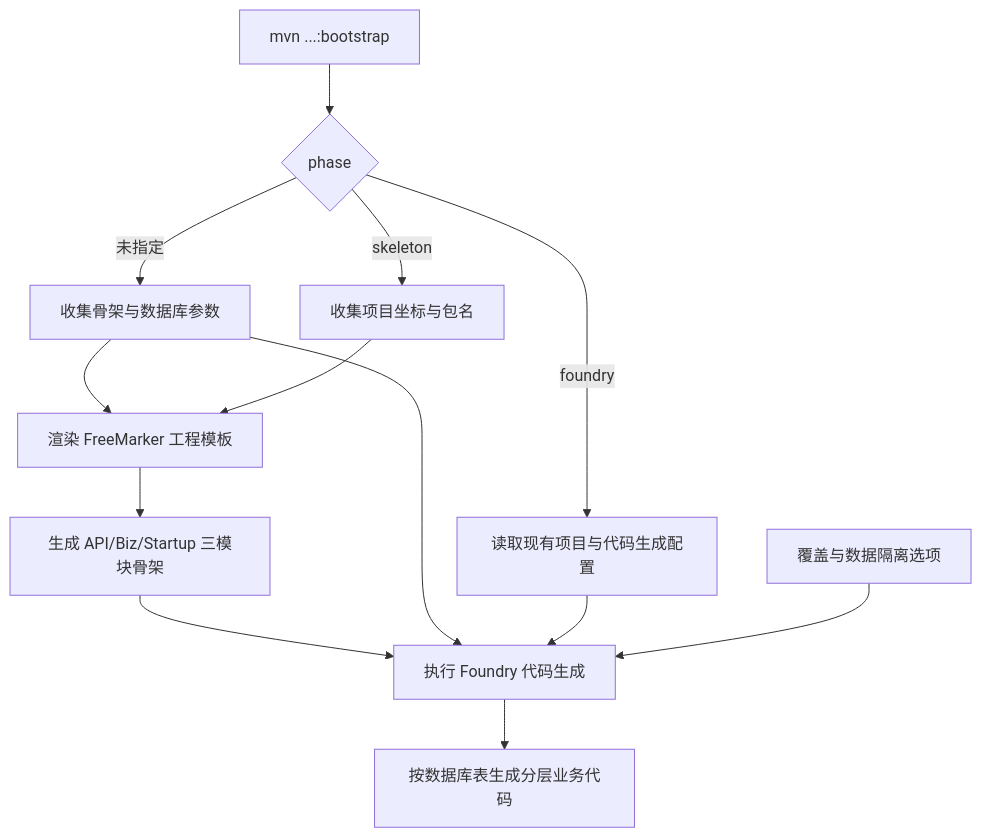
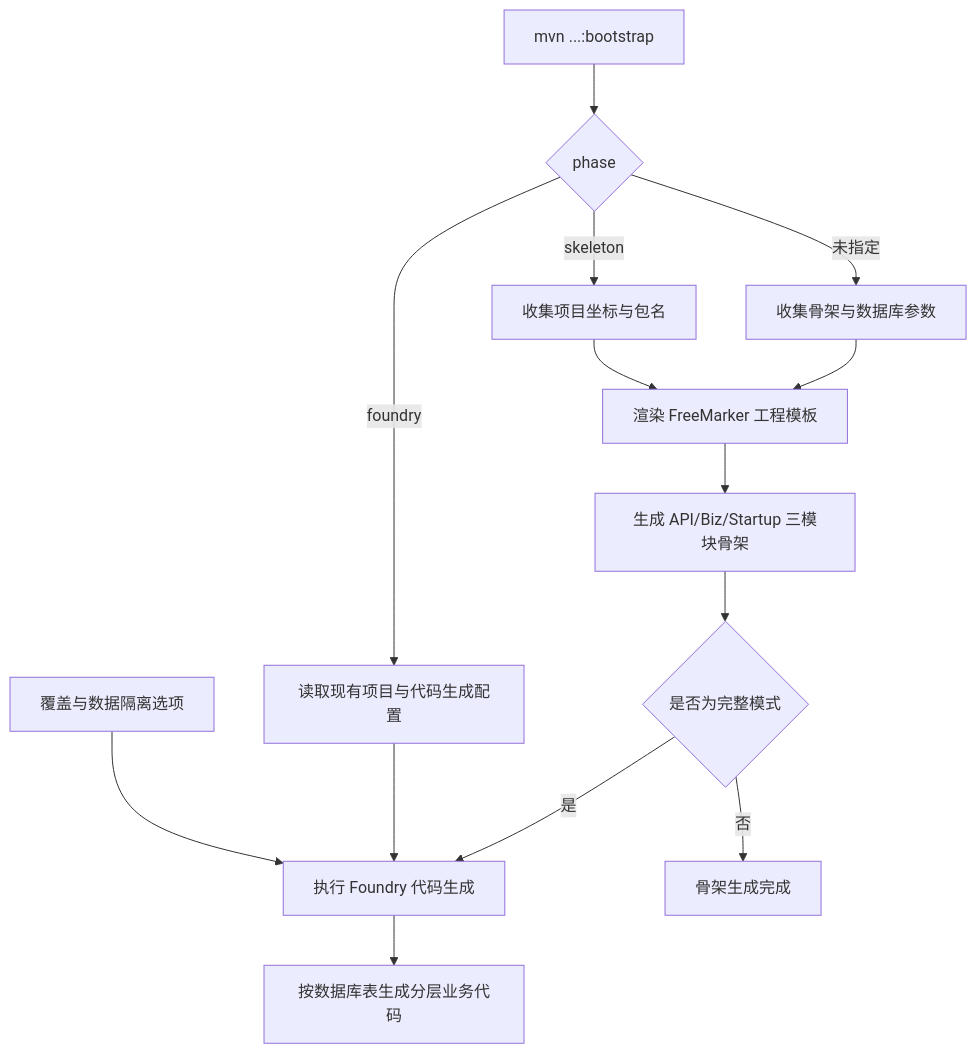
One commit to g2rain/g2rain-crafter changed the diagram in README.md. Above: the diagram before and after it, drawn with Mermaid. The commit also changed other lines of this file and 3 other files, not shown here.

````diff
--- a/README.md
+++ b/README.md
@@ -107,15 +107,16 @@
 ```mermaid
 flowchart TD
   A[mvn ...:bootstrap] --> B{phase}
   B -->|未指定| C[收集骨架与数据库参数]
   B -->|skeleton| D[收集项目坐标与包名]
   B -->|foundry| E[读取现有项目与代码生成配置]
   C --> F[渲染 FreeMarker 工程模板]
   D --> F
   F --> G[生成 API/Biz/Startup 三模块骨架]
-  G --> H[执行 Foundry 代码生成]
-  C --> H
+  G --> K{是否为完整模式}
+  K -->|是| H[执行 Foundry 代码生成]
+  K -->|否| L[骨架生成完成]
   E --> H
   H --> I[按数据库表生成分层业务代码]
   J[覆盖与数据隔离选项] --> H
 ```
````
